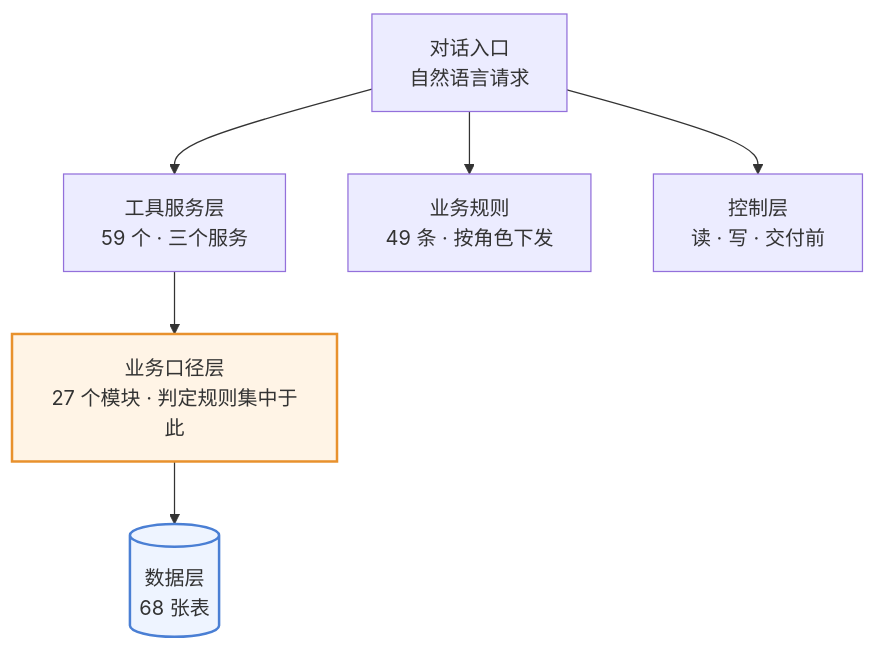
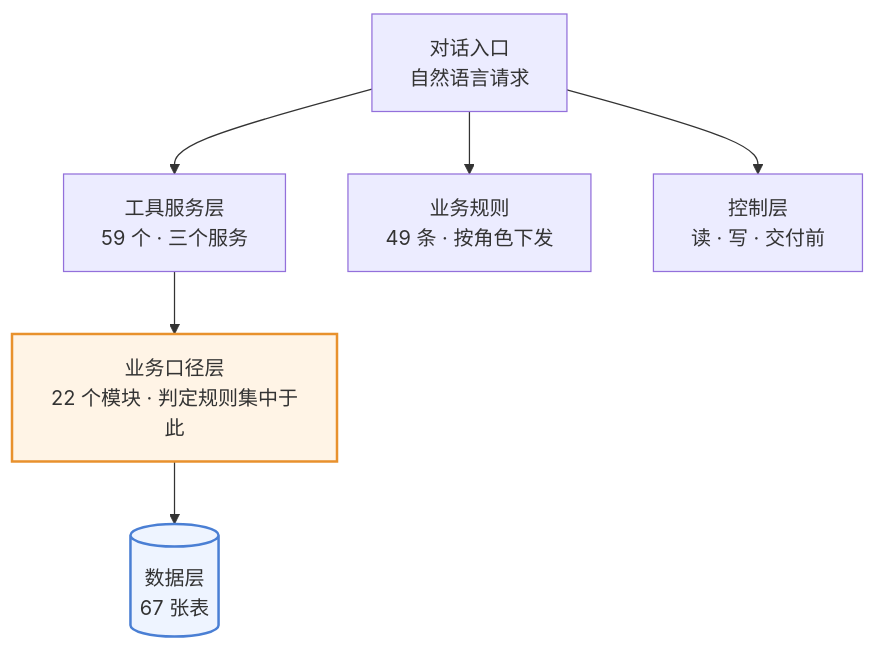
The first of 4 diagrams in 澜绣云裳agent-产品需求文档.md (843773296-rgb/lanxiu-yunshang-agent), drawn with Mermaid before and after one commit. The commit also changed other lines of this file and 5 other files, not shown here.

````diff
--- a/澜绣云裳agent-产品需求文档.md
+++ b/澜绣云裳agent-产品需求文档.md
@@ -132,12 +132,12 @@
 ```mermaid
 flowchart TD
     M["对话入口<br/>自然语言请求"]
     M --> T["工具服务层<br/>59 个 · 三个服务"]
     M --> R["业务规则<br/>49 条 · 按角色下发"]
     M --> G["控制层<br/>读 · 写 · 交付前"]
-    T --> K["业务口径层<br/>27 个模块 · 判定规则集中于此"]
-    K --> DB[("数据层<br/>68 张表")]
+    T --> K["业务口径层<br/>22 个模块 · 判定规则集中于此"]
+    K --> DB[("数据层<br/>67 张表")]
 
     style K fill:#fff4e6,stroke:#e8912d,stroke-width:2px
     style DB fill:#eef4ff,stroke:#4a7fd4,stroke-width:2px
 ```
````
